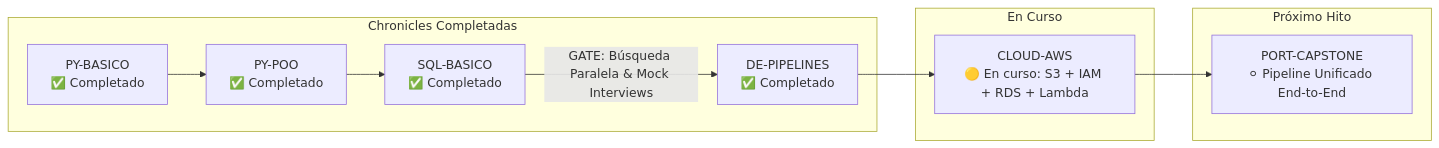
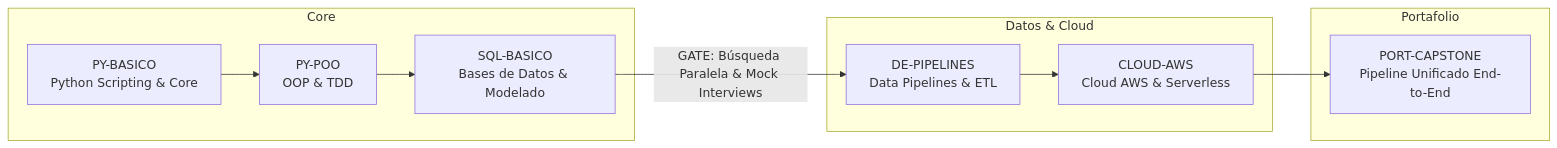
One commit to 01Ander/DoJo_Study changed the diagram in system/docs/05-syllabus-maestro.md. Above: the diagram before and after it, drawn with Mermaid. The commit also changed other lines of this file, not shown here.

````diff
--- a/system/docs/05-syllabus-maestro.md
+++ b/system/docs/05-syllabus-maestro.md
@@ -15,16 +15,16 @@
 ```mermaid
 graph LR
-    subgraph Chronicles Completadas
-        P1[PY-BASICO<br/>✅ Completado] --> P2[PY-POO<br/>✅ Completado]
-        P2 --> S1[SQL-BASICO<br/>✅ Completado]
-        S1 -->|GATE: Búsqueda Paralela & Mock Interviews| DE[DE-PIPELINES<br/>✅ Completado]
+    subgraph Core
+        P1[PY-BASICO<br/>Python Scripting & Core] --> P2[PY-POO<br/>OOP & TDD]
+        P2 --> S1[SQL-BASICO<br/>Bases de Datos & Modelado]
     end
 
-    subgraph En Curso
-        DE --> CLOUD[CLOUD-AWS<br/>🟡 En curso: S3 + IAM + RDS + Lambda]
+    subgraph Datos & Cloud
+        S1 -->|GATE: Búsqueda Paralela & Mock Interviews| DE[DE-PIPELINES<br/>Data Pipelines & ETL]
+        DE --> CLOUD[CLOUD-AWS<br/>Cloud AWS & Serverless]
     end
 
-    subgraph Próximo Hito
-        CLOUD --> PORT[PORT-CAPSTONE<br/>⚪ Pipeline Unificado End-to-End]
+    subgraph Portafolio
+        CLOUD --> PORT[PORT-CAPSTONE<br/>Pipeline Unificado End-to-End]
     end
 ```
````
